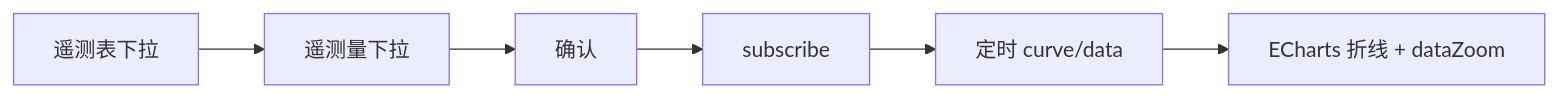
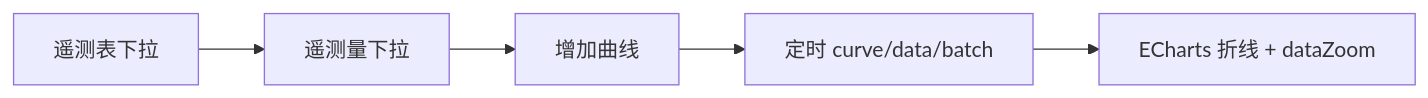
Before and after one commit to ruanyubiao/RuoYi-Vue3-FastAPI: the fourth of 4 diagrams in doc/05-前端页面设计.md, drawn with Mermaid. The commit also changed other lines of this file and 17 other files, not shown here.

````diff
--- a/doc/05-前端页面设计.md
+++ b/doc/05-前端页面设计.md
@@ -174,8 +174,7 @@
 ```mermaid
 flowchart LR
   Sel1[遥测表下拉] --> Sel2[遥测量下拉]
-  Sel2 --> OK[确认]
-  OK --> Sub[subscribe]
-  Sub --> Poll[定时 curve/data]
+  Sel2 --> Add[增加曲线]
+  Add --> Poll[定时 curve/data/batch]
   Poll --> Chart[ECharts 折线 + dataZoom]
 ```
````
